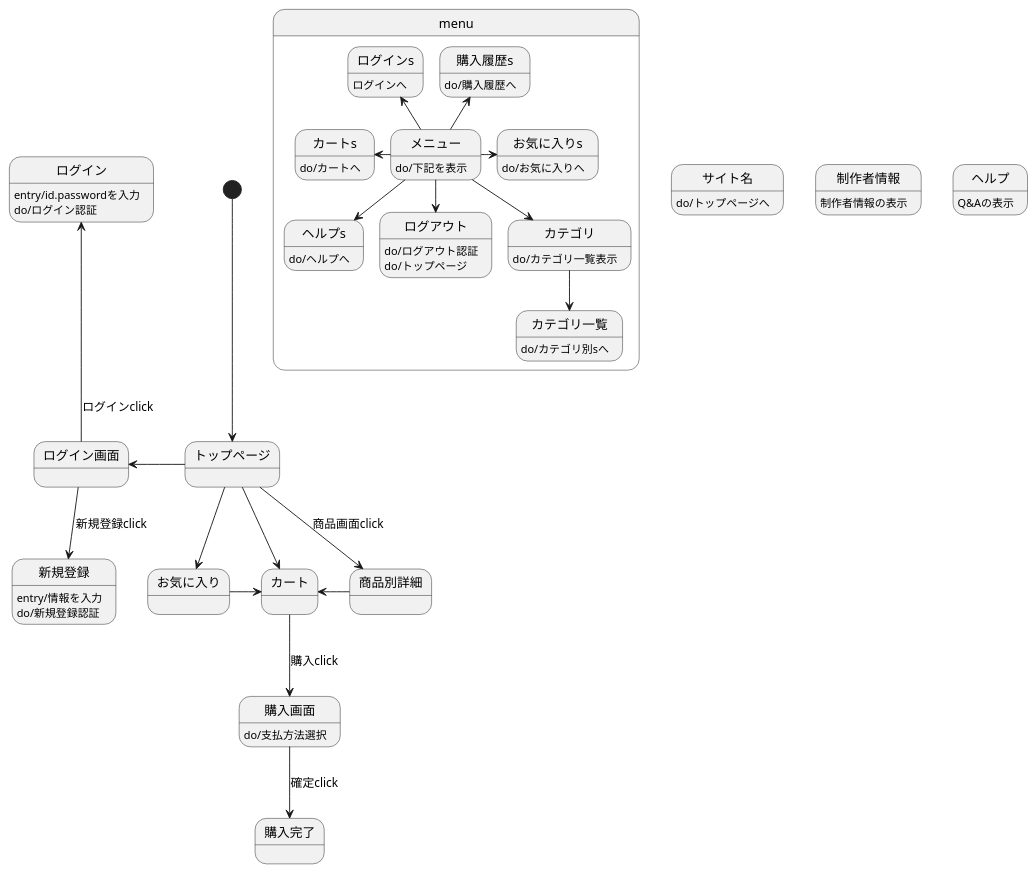
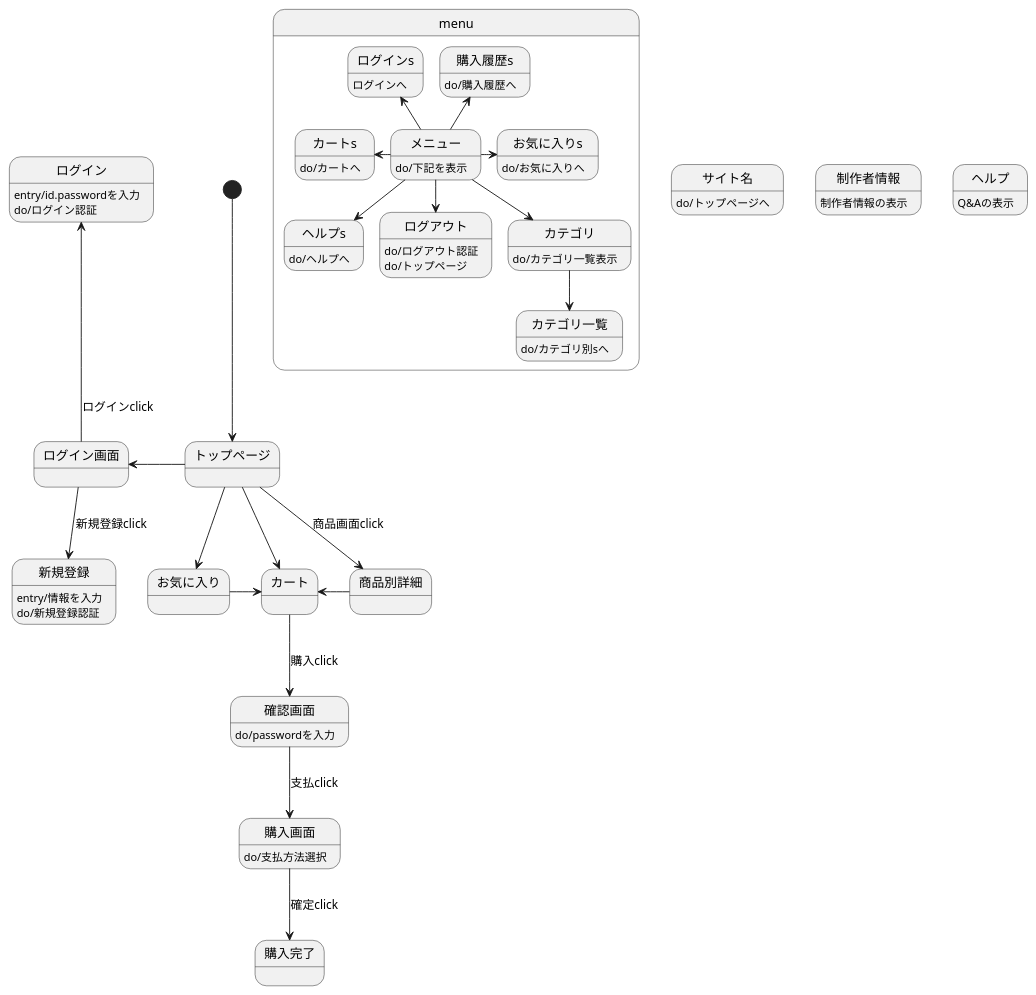
One commit to aso2001036/kaihatu changed the diagram in 画面遷移/画面遷移図.md. Above: the diagram before and after it, drawn with PlantUML.

````diff
--- a/画面遷移/画面遷移図.md
+++ b/画面遷移/画面遷移図.md
@@ -1,51 +1,53 @@
 ```uml
 @startuml
 state menu{
 メニュー:do/下記を表示
 メニュー-down->ヘルプs
 ヘルプs:do/ヘルプへ
 メニュー-down->ログアウト
 ログアウト:do/ログアウト認証
 ログアウト:do/トップページ
 メニュー-up->購入履歴s
 購入履歴s:do/購入履歴へ
 メニュー-left->カートs
 カートs:do/カートへ
 メニュー-right->お気に入りs
 お気に入りs:do/お気に入りへ
 メニュー-down->カテゴリ
 カテゴリ:do/カテゴリ一覧表示
 カテゴリ-down->カテゴリ一覧
 カテゴリ一覧:do/カテゴリ別sへ
 メニュー-up->ログインs
 ログインs:ログインへ
 }
 [*]-down->トップページ
 トップページ-left->ログイン画面
 ログイン画面-up->ログイン :ログインclick
 ログイン:entry/id.passwordを入力
 ログイン:do/ログイン認証
 ログイン画面-down->新規登録 :新規登録click
 新規登録:entry/情報を入力
 新規登録:do/新規登録認証
 トップページ-down->商品別詳細 :商品画面click
 トップページ-down->カート
 トップページ-down->お気に入り
 お気に入り->カート
 商品別詳細-left->カート
-カート-down->購入画面 :購入click
+カート-down->確認画面 :購入click
+確認画面:do/passwordを入力
+確認画面-down->購入画面 :支払click
 購入画面-down->購入完了 :確定click
 購入画面:do/支払方法選択
 state サイト名{
 サイト名:do/トップページへ
 
 }
 state 制作者情報{
 制作者情報:制作者情報の表示
 
 }
 state ヘルプ{
 ヘルプ:Q&Aの表示
 }
 @enduml
 ```
````
